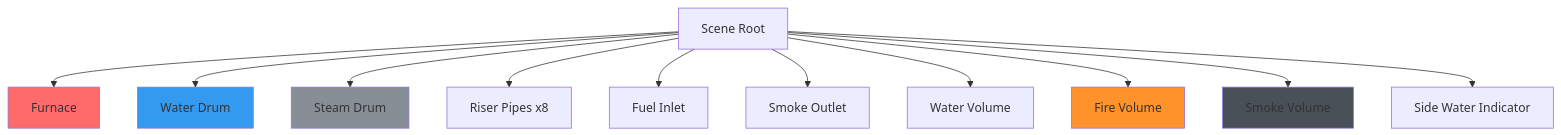
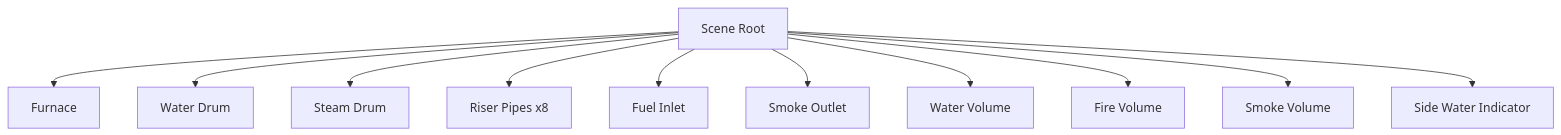
One commit to Divesh-Kshirsagar/BIMCS changed the first of 4 diagrams in docs/3d-model.md. Above: the diagram before and after it, drawn with Mermaid. The commit also changed other lines of this file and 7 other files, not shown here.

Commit message:
refactor: remove unnecessary style definitions from documentation diagrams

````diff
--- a/docs/3d-model.md
+++ b/docs/3d-model.md
@@ -22,19 +22,14 @@
 ```mermaid
 graph TB
     Scene[Scene Root] --> Furnace[Furnace]
     Scene --> WaterDrum[Water Drum]
     Scene --> SteamDrum[Steam Drum]
     Scene --> Pipes[Riser Pipes x8]
     Scene --> Inlets[Fuel Inlet]
     Scene --> Outlet[Smoke Outlet]
     Scene --> Water[Water Volume]
     Scene --> Fire[Fire Volume]
     Scene --> Smoke[Smoke Volume]
     Scene --> SideWater[Side Water Indicator]
-    
-    style Furnace fill:#ff6b6b
-    style WaterDrum fill:#339af0
-    style SteamDrum fill:#868e96
-    style Fire fill:#ff922b
-    style Smoke fill:#495057
+
 ```
````
